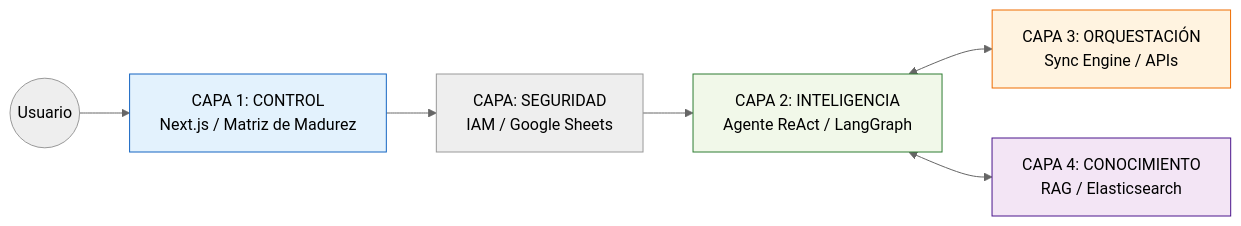
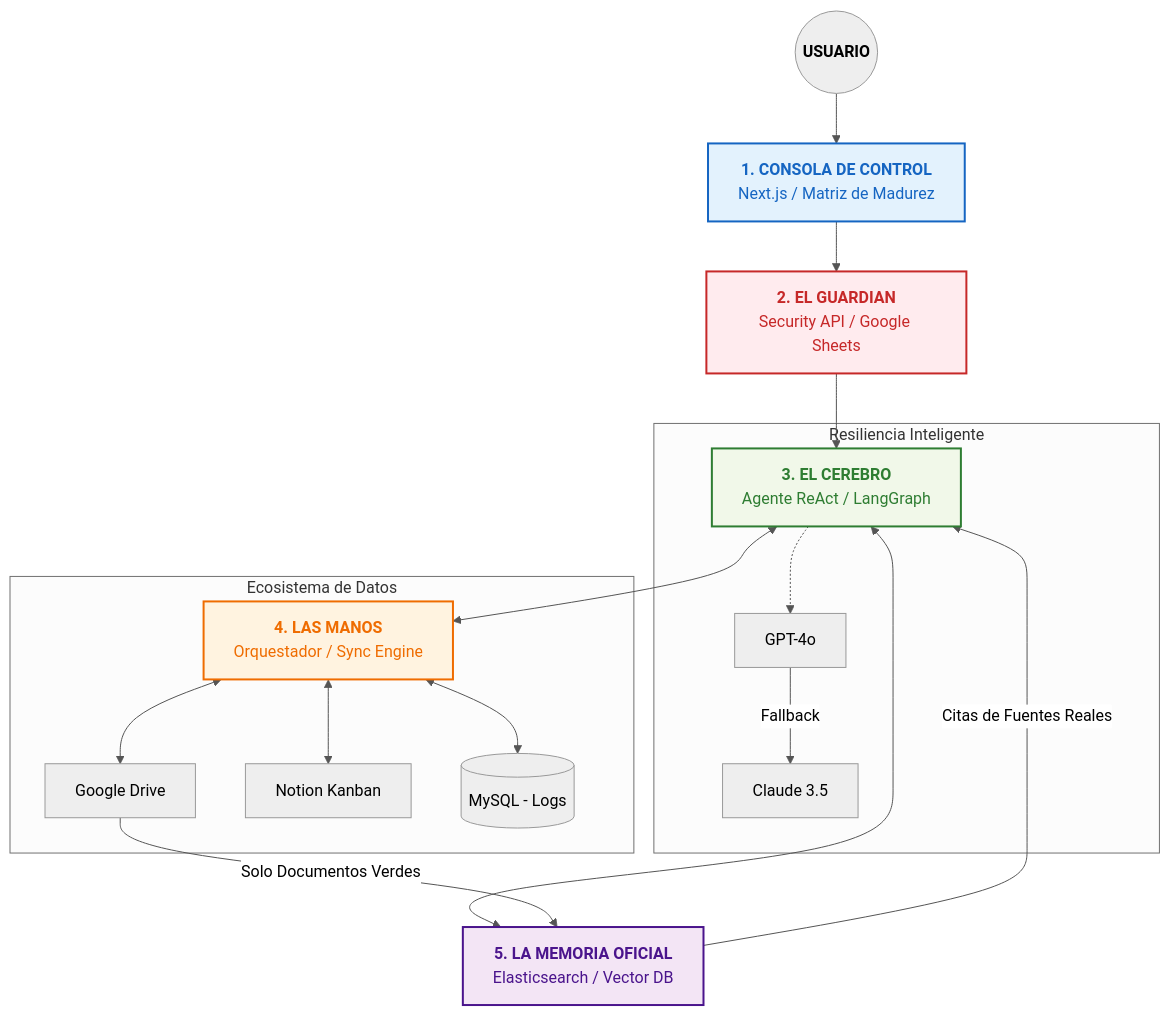
Before and after one commit to lcruzh0002-ship-it/AgenteLucy: the diagram in README.md, drawn with Mermaid (neutral theme). The commit also changed other lines of this file, not shown here.

````diff
--- a/README.md
+++ b/README.md
@@ -24,13 +36,38 @@
 ```mermaid
-graph LR
-    User((Usuario)) --> L1[CAPA 1: CONTROL<br/>Next.js / Matriz de Madurez]
-    L1 --> SEC[CAPA: SEGURIDAD<br/>IAM / Google Sheets]
-    SEC --> L2[CAPA 2: INTELIGENCIA<br/>Agente ReAct / LangGraph]
-    L2 <--> L3[CAPA 3: ORQUESTACIÓN<br/>Sync Engine / APIs]
-    L2 <--> L4[CAPA 4: CONOCIMIENTO<br/>RAG / Elasticsearch]
+graph TD
+    %% Estilos de Colores
+    classDef front fill:#e3f2fd,stroke:#1565c2,stroke-width:2px,color:#1565c2;
+    classDef brain fill:#f1f8e9,stroke:#2e7d32,stroke-width:2px,color:#2e7d32;
+    classDef hands fill:#fff3e0,stroke:#ef6c00,stroke-width:2px,color:#ef6c00;
+    classDef vault fill:#f3e5f5,stroke:#4a148c,stroke-width:2px,color:#4a148c;
+    classDef security fill:#ffebee,stroke:#c62828,stroke-width:2px,color:#c62828;
 
-    style L1 fill:#e3f2fd,stroke:#1565c2
-    style L2 fill:#f1f8e9,stroke:#2e7d32
-    style L3 fill:#fff3e0,stroke:#ef6c00
-    style L4 fill:#f3e5f5,stroke:#4a148c
+    %% Nodos de la Arquitectura
+    User((<b>USUARIO</b>)) --> Console[<b>1. CONSOLA DE CONTROL</b><br/>Next.js / Matriz de Madurez]:::front
+    
+    Console --> Guard[<b>2. EL GUARDIAN</b><br/>Security API / Google Sheets]:::security
+    
+    Guard --> Agent[<b>3. EL CEREBRO</b><br/>Agente ReAct / LangGraph]:::brain
+    
+    subgraph Inteligencia [Resiliencia Inteligente]
+        Agent -.-> LLM1[GPT-4o]
+        LLM1 -- Fallback --> LLM2[Claude 3.5]
+    end
+
+    Agent <--> Orch[<b>4. LAS MANOS</b><br/>Orquestador / Sync Engine]:::hands
+    
+    subgraph Silos [Ecosistema de Datos]
+        Orch <--> Drive[Google Drive]
+        Orch <--> Notion[Notion Kanban]
+        Orch <--> SQL[(MySQL - Logs)]
+    end
+
+    Agent <--> RAG[<b>5. LA MEMORIA OFICIAL</b><br/>Elasticsearch / Vector DB]:::vault
+    
+    %% La lógica de negocio
+    Drive -- "Solo Documentos Verdes" --> RAG
+    RAG -- "Citas de Fuentes Reales" --> Agent
+
+    %% Leyenda
+    linkStyle default stroke:#555,stroke-width:1px;
 ```
````
